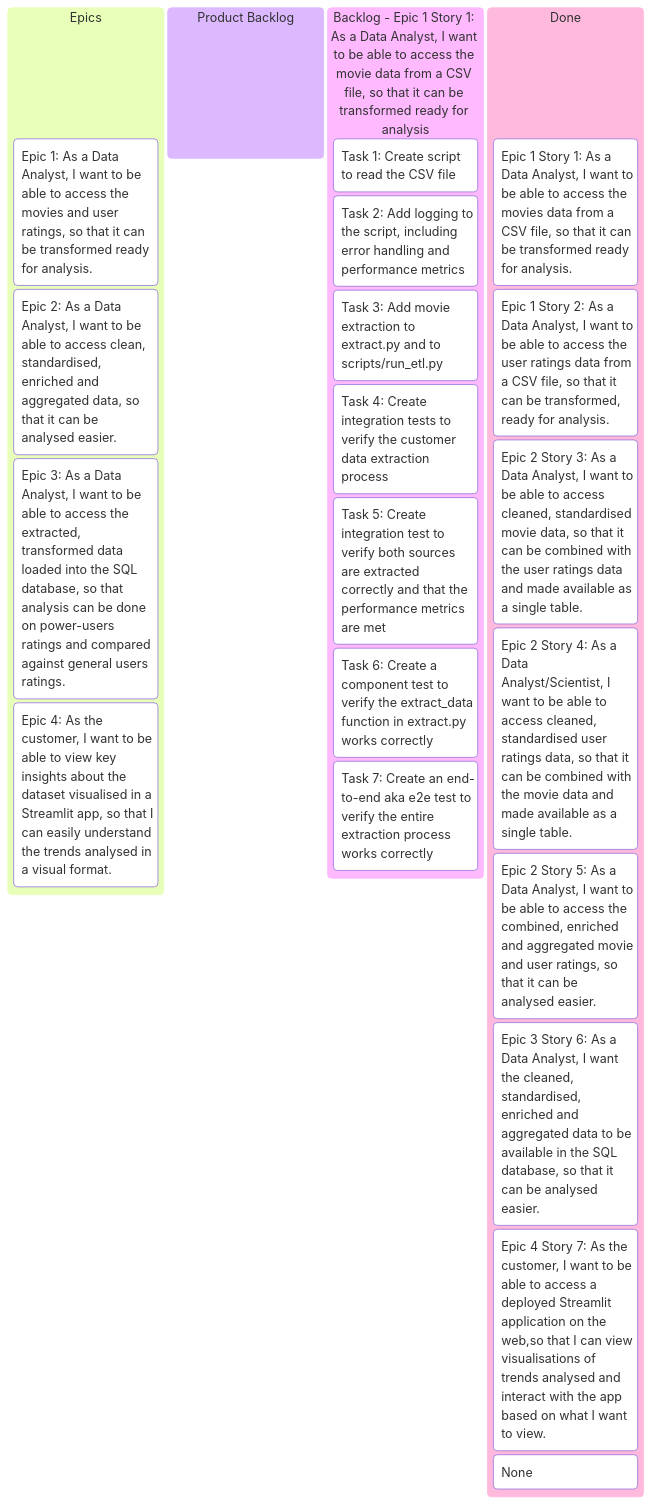
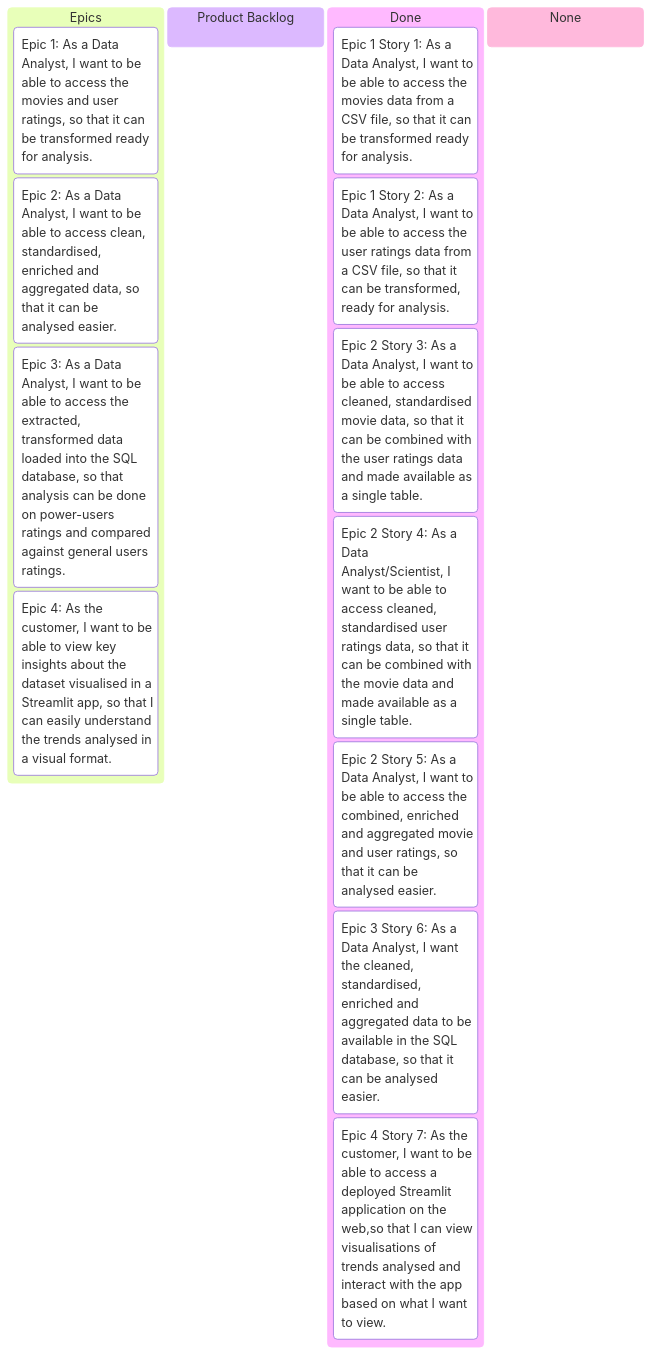
The diagram in README.md (budaejji/Letterboxd-Capstone), drawn with Mermaid before and after one commit.

Commit message:
updated kanban

````diff
--- a/README.md
+++ b/README.md
@@ -275,26 +275,18 @@
 ```mermaid
 kanban
     Epics
         (Epic 1: As a Data Analyst, I want to be able to access the movies and user ratings, so that it can be transformed ready for analysis.)
         (Epic 2: As a Data Analyst, I want to be able to access clean, standardised, enriched and aggregated data, so that it can be analysed easier.)
         (Epic 3: As a Data Analyst, I want to be able to access the extracted, transformed data loaded into the SQL database, so that analysis can be done on power-users ratings and compared against general users ratings.)
         (Epic 4: As the customer, I want to be able to view key insights about the dataset visualised in a Streamlit app, so that I can easily understand the trends analysed in a visual format.)
     Product Backlog
-    (Backlog - Epic 1 Story 1: As a Data Analyst, I want to be able to access the movie data from a CSV file, so that it can be transformed ready for analysis)
-        Task 1: Create script to read the CSV file
-        Task 2: Add logging to the script, including error handling and performance metrics
-        Task 3: Add movie extraction to extract.py and to scripts/run_etl.py
-        Task 4: Create integration tests to verify the customer data extraction process
-        Task 5: Create integration test to verify both sources are extracted correctly and that the performance metrics are met
-        Task 6: Create a component test to verify the extract_data function in extract.py works correctly
-        Task 7: Create an end-to-end aka e2e test to verify the entire extraction process works correctly
     Done
         (Epic 1 Story 1: As a Data Analyst, I want to be able to access the movies data from a CSV file, so that it can be transformed ready for analysis.)
         (Epic 1 Story 2: As a Data Analyst, I want to be able to access the user ratings data from a CSV file, so that it can be transformed, ready for analysis.)
         (Epic 2 Story 3: As a Data Analyst, I want to be able to access cleaned, standardised movie data, so that it can be combined with the user ratings data and made available as a single table.)
         (Epic 2 Story 4: As a Data Analyst/Scientist, I want to be able to access cleaned, standardised user ratings data, so that it can be combined with the movie data and made available as a single table.)
         (Epic 2 Story 5: As a Data Analyst, I want to be able to access the combined, enriched and aggregated movie and user ratings, so that it can be analysed easier.)
         (Epic 3 Story 6: As a Data Analyst, I want the cleaned, standardised, enriched and aggregated data to be available in the SQL database, so that it can be analysed easier.)
         (Epic 4 Story 7: As the customer, I want to be able to access a deployed Streamlit application on the web,so that I can view visualisations of trends analysed and interact with the app based on what I want to view.)
-        None
+    None
 ```
````
